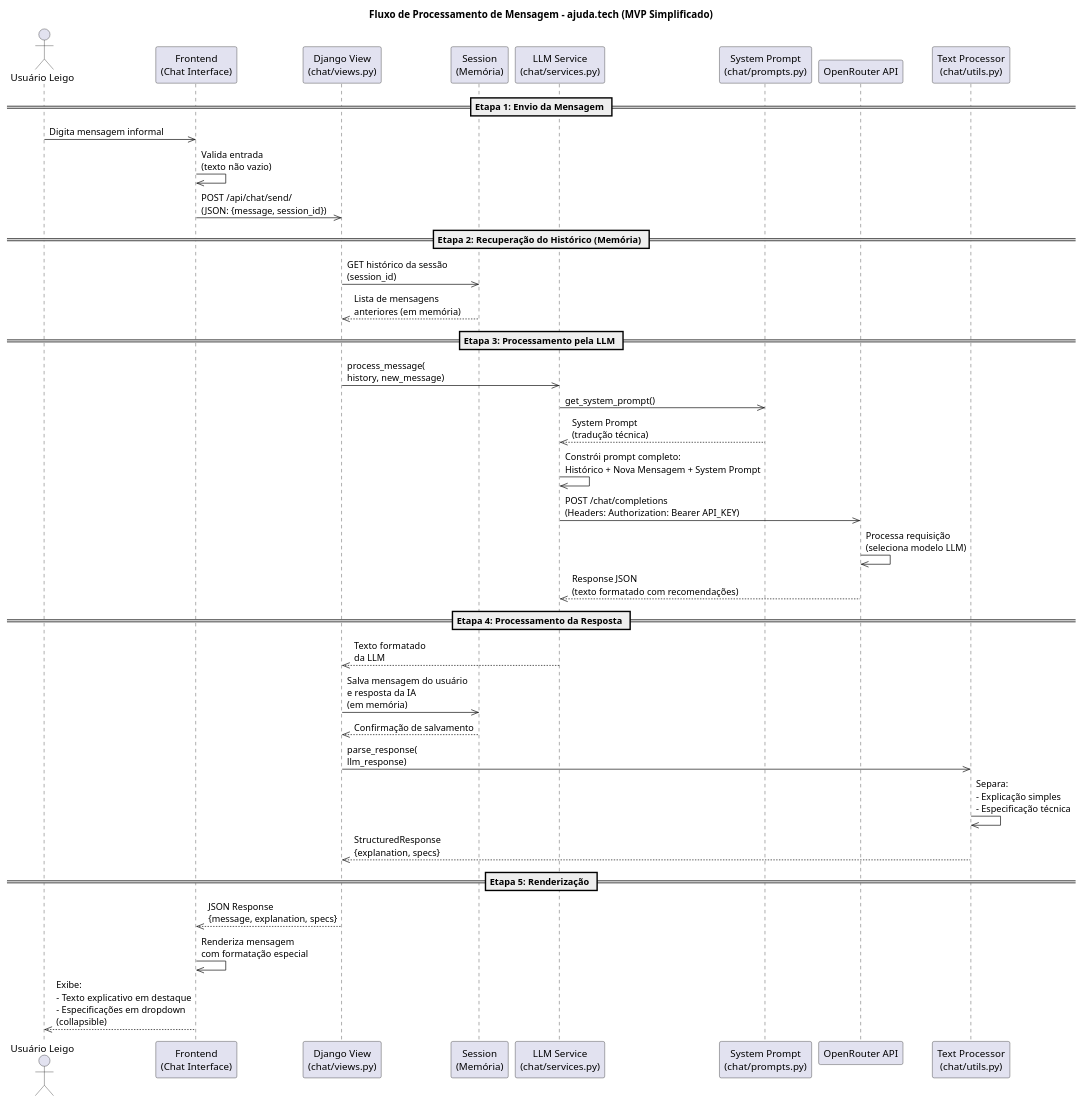
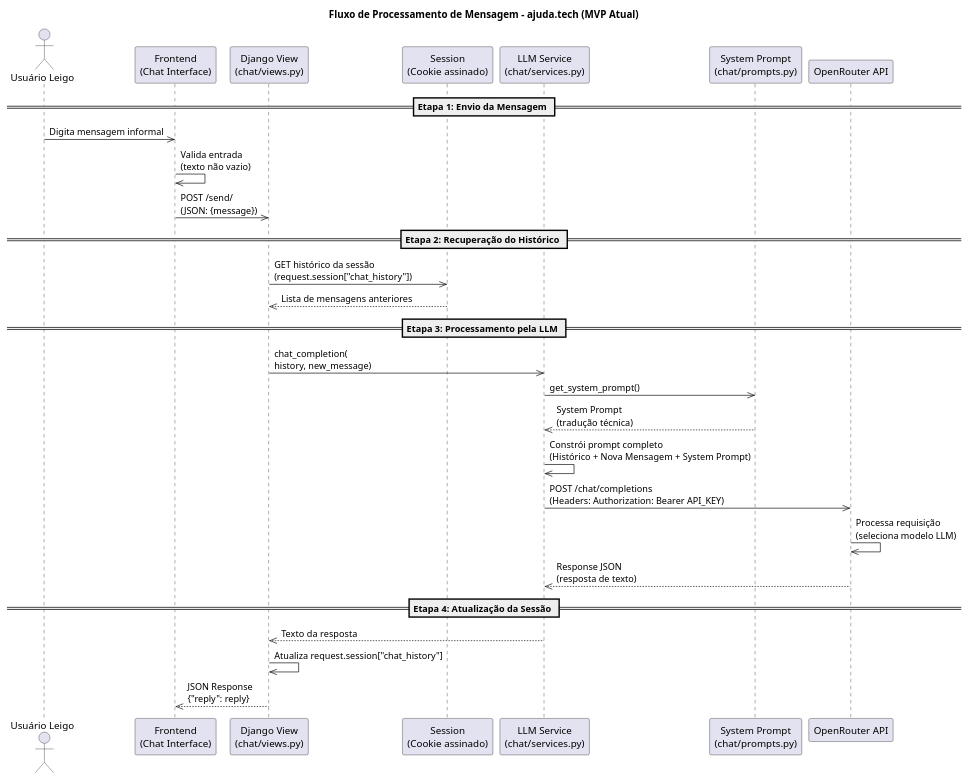
One commit to wagner-sousa/ajuda.tech changed the diagram in docs/DIAGRAMA_SEQUENCIA.md. Above: the diagram before and after it, drawn with PlantUML. The commit also changed other lines of this file and 5 other files, not shown here.

Commit message:
fix: align docs with current session-based chat implementation

````diff
--- a/docs/DIAGRAMA_SEQUENCIA.md
+++ b/docs/DIAGRAMA_SEQUENCIA.md
@@ -7,47 +7,37 @@
 ```plantuml
 @startuml
-title Fluxo de Processamento de Mensagem - ajuda.tech (MVP Simplificado)
+title Fluxo de Processamento de Mensagem - ajuda.tech (MVP Atual)
 
 actor "Usuário Leigo" as User
 participant "Frontend\n(Chat Interface)" as Frontend
 participant "Django View\n(chat/views.py)" as DjangoView
-participant "Session\n(Memória)" as Session
+participant "Session\n(Cookie assinado)" as Session
 participant "LLM Service\n(chat/services.py)" as LLMService
 participant "System Prompt\n(chat/prompts.py)" as SystemPrompt
 participant "OpenRouter API" as OpenRouter
-participant "Text Processor\n(chat/utils.py)" as TextProcessor
 
 == Etapa 1: Envio da Mensagem ==
 User ->> Frontend: Digita mensagem informal
 Frontend ->> Frontend: Valida entrada\n(texto não vazio)
-Frontend ->> DjangoView: POST /api/chat/send/\n(JSON: {message, session_id})
+Frontend ->> DjangoView: POST /send/\n(JSON: {message})
 
-== Etapa 2: Recuperação do Histórico (Memória) ==
-DjangoView ->> Session: GET histórico da sessão\n(session_id)
-Session -->> DjangoView: Lista de mensagens\nanteriores (em memória)
+== Etapa 2: Recuperação do Histórico ==
+DjangoView ->> Session: GET histórico da sessão\n(request.session["chat_history"])
+Session -->> DjangoView: Lista de mensagens anteriores
 
 == Etapa 3: Processamento pela LLM ==
-DjangoView ->> LLMService: process_message(\nhistory, new_message)
+DjangoView ->> LLMService: chat_completion(\nhistory, new_message)
 LLMService ->> SystemPrompt: get_system_prompt()
 SystemPrompt -->> LLMService: System Prompt\n(tradução técnica)
-LLMService ->> LLMService: Constrói prompt completo:\nHistórico + Nova Mensagem + System Prompt
+LLMService ->> LLMService: Constrói prompt completo\n(Histórico + Nova Mensagem + System Prompt)
 LLMService ->> OpenRouter: POST /chat/completions\n(Headers: Authorization: Bearer API_KEY)
 OpenRouter ->> OpenRouter: Processa requisição\n(seleciona modelo LLM)
-OpenRouter -->> LLMService: Response JSON\n(texto formatado com recomendações)
+OpenRouter -->> LLMService: Response JSON\n(resposta de texto)
 
-== Etapa 4: Processamento da Resposta ==
-LLMService -->> DjangoView: Texto formatado\nda LLM
-DjangoView ->> Session: Salva mensagem do usuário\ne resposta da IA\n(em memória)
-Session -->> DjangoView: Confirmação de salvamento
-
-DjangoView ->> TextProcessor: parse_response(\nllm_response)
-TextProcessor ->> TextProcessor: Separa:\n- Explicação simples\n- Especificação técnica
-TextProcessor -->> DjangoView: StructuredResponse\n{explanation, specs}
-
-== Etapa 5: Renderização ==
-DjangoView -->> Frontend: JSON Response\n{message, explanation, specs}
-Frontend ->> Frontend: Renderiza mensagem\ncom formatação especial
-Frontend -->> User: Exibe:\n- Texto explicativo em destaque\n- Especificações em dropdown\n(collapsible)
+== Etapa 4: Atualização da Sessão ==
+LLMService -->> DjangoView: Texto da resposta
+DjangoView ->> DjangoView: Atualiza request.session["chat_history"]
+DjangoView -->> Frontend: JSON Response\n{"reply": reply}
 
 @enduml
 ```
````
